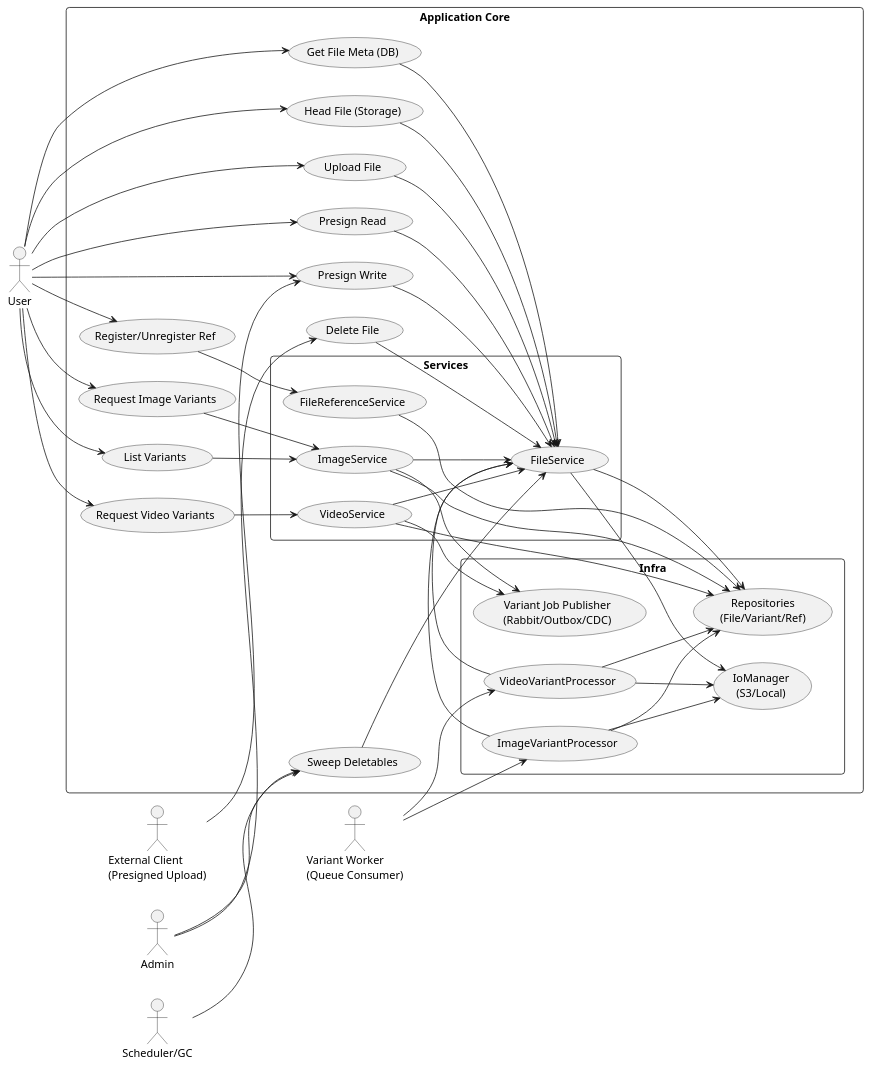
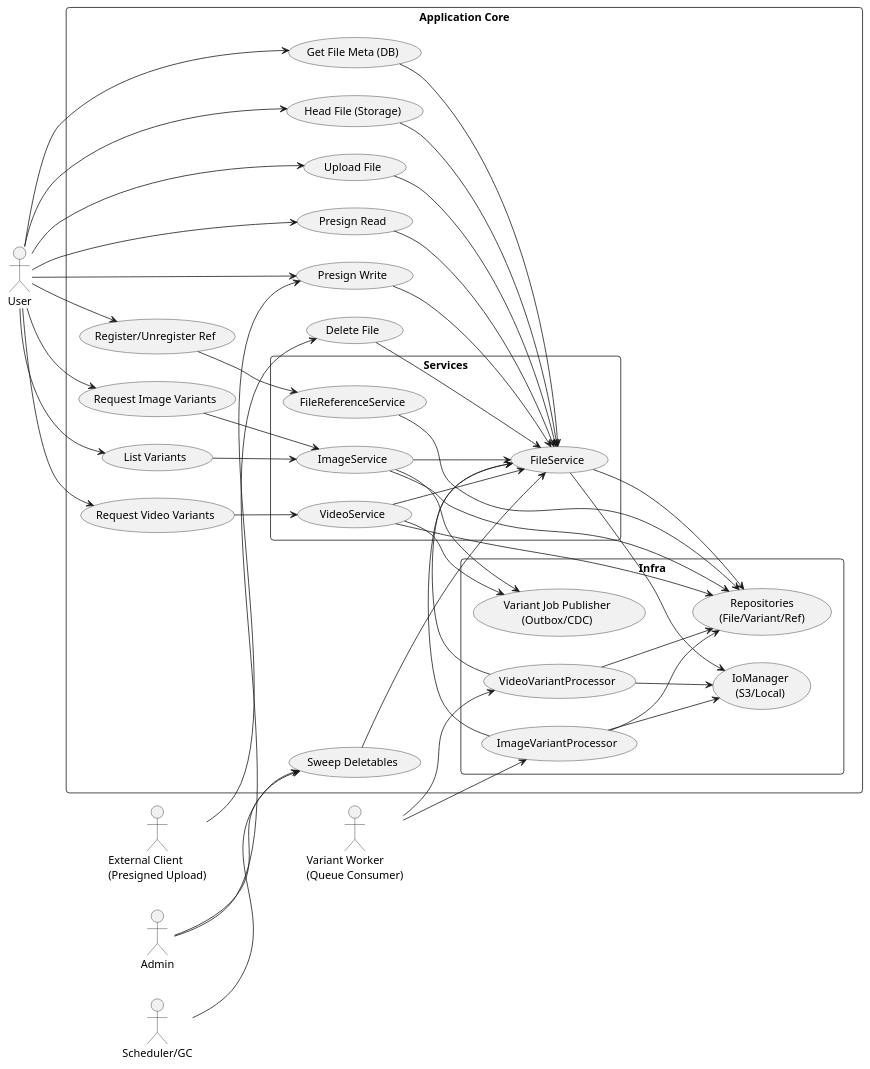
The diagram in doc/fileService.puml (DevNathan/codemasterpiece-backend), drawn with PlantUML before and after one commit. The commit also changed 2 other files, not shown here.

```diff
--- a/doc/fileService.puml
+++ b/doc/fileService.puml
@@ -1,98 +1,98 @@
 @startuml
 left to right direction
 skinparam packageStyle rect
 skinparam shadowing false
 skinparam roundcorner 8
 
 actor User as U
 actor Admin as A
 actor "Scheduler/GC" as GC
 actor "Variant Worker\n(Queue Consumer)" as VW
 actor "External Client\n(Presigned Upload)" as EX
 
 package "Application Core" {
   usecase "Upload File" as UC_UPLOAD
   usecase "Presign Read" as UC_PRESIGN_READ
   usecase "Presign Write" as UC_PRESIGN_WRITE
   usecase "Get File Meta (DB)" as UC_GET_DB
   usecase "Head File (Storage)" as UC_HEAD
   usecase "Register/Unregister Ref" as UC_REF
   usecase "Request Image Variants" as UC_IMG_REQ
   usecase "Request Video Variants" as UC_VID_REQ
   usecase "List Variants" as UC_LIST_VAR
   usecase "Delete File" as UC_DEL
   usecase "Sweep Deletables" as UC_SWEEP
 
   rectangle "Services" {
     usecase "FileService" as S_FILE
     usecase "ImageService" as S_IMG
     usecase "VideoService" as S_VID
     usecase "FileReferenceService" as S_REF
   }
 
   rectangle "Infra" {
     usecase "IoManager\n(S3/Local)" as INF_IO
     usecase "ImageVariantProcessor" as INF_IMGPROC
     usecase "VideoVariantProcessor" as INF_VIDPROC
-    usecase "Variant Job Publisher\n(Rabbit/Outbox/CDC)" as INF_PUB
+    usecase "Variant Job Publisher\n(Outbox/CDC)" as INF_PUB
     usecase "Repositories\n(File/Variant/Ref)" as INF_REPO
   }
 }
 
 ' Actors ↔ Use cases
 U --> UC_UPLOAD
 U --> UC_PRESIGN_READ
 U --> UC_PRESIGN_WRITE
 U --> UC_GET_DB
 U --> UC_HEAD
 U --> UC_REF
 U --> UC_IMG_REQ
 U --> UC_VID_REQ
 U --> UC_LIST_VAR
 
 A --> UC_DEL
 A --> UC_SWEEP
 
 EX --> UC_PRESIGN_WRITE
 
 VW --> INF_IMGPROC
 VW --> INF_VIDPROC
 
 GC --> UC_SWEEP
 
 ' Use cases ↔ Services
 UC_UPLOAD --> S_FILE
 UC_PRESIGN_READ --> S_FILE
 UC_PRESIGN_WRITE --> S_FILE
 UC_GET_DB --> S_FILE
 UC_HEAD --> S_FILE
 UC_REF --> S_REF
 UC_IMG_REQ --> S_IMG
 UC_VID_REQ --> S_VID
 UC_LIST_VAR --> S_IMG
 UC_DEL --> S_FILE
 UC_SWEEP --> S_FILE
 
 ' Services ↔ Infra
 S_FILE --> INF_IO
 S_FILE --> INF_REPO
 
 S_IMG --> S_FILE
 S_IMG --> INF_PUB
 S_IMG --> INF_REPO
 
 S_VID --> S_FILE
 S_VID --> INF_PUB
 S_VID --> INF_REPO
 
 S_REF --> INF_REPO
 
 INF_IMGPROC --> INF_IO
 INF_IMGPROC --> S_FILE
 INF_IMGPROC --> INF_REPO
 
 INF_VIDPROC --> INF_IO
 INF_VIDPROC --> S_FILE
 INF_VIDPROC --> INF_REPO
 
 @enduml
```
